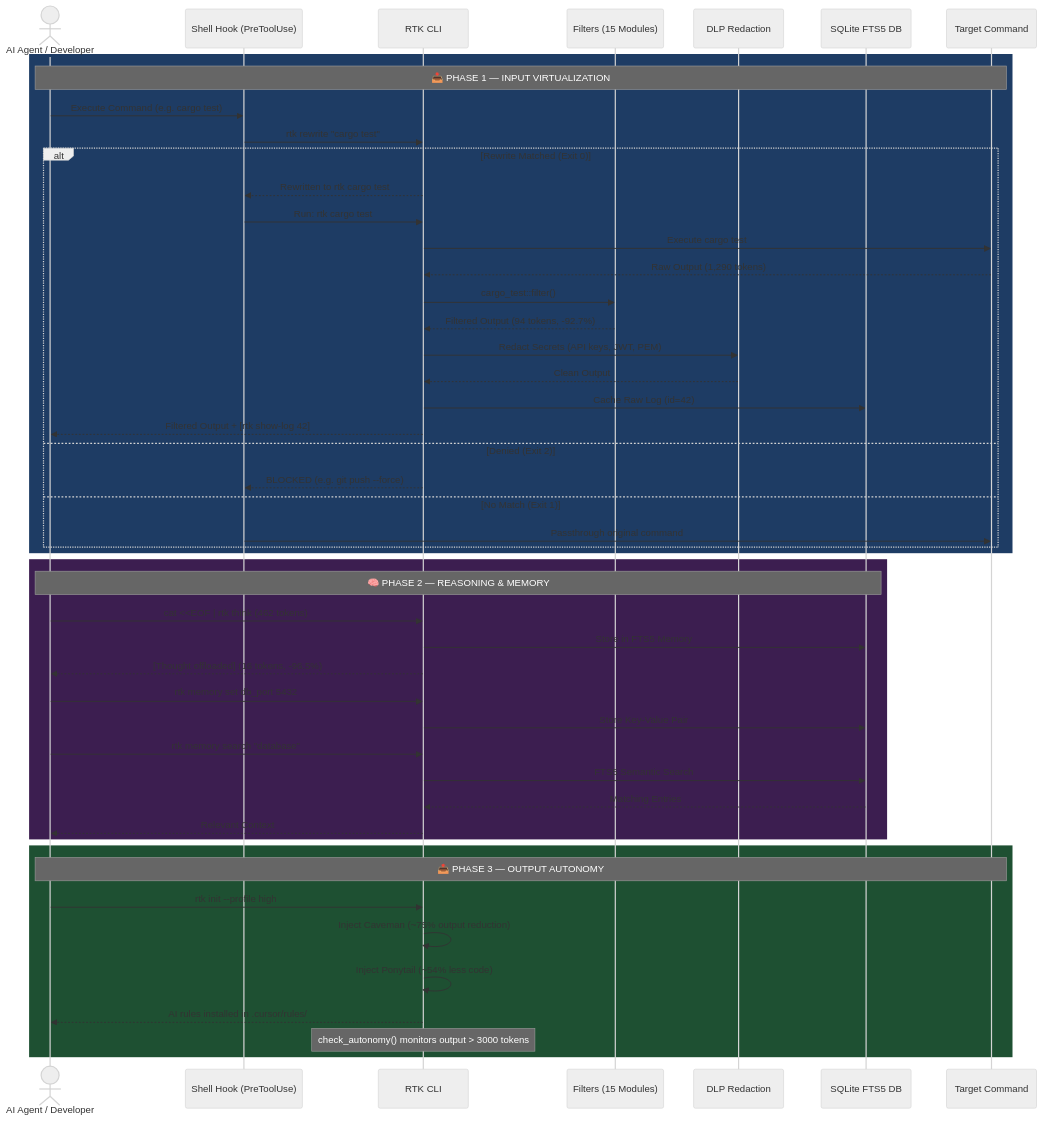
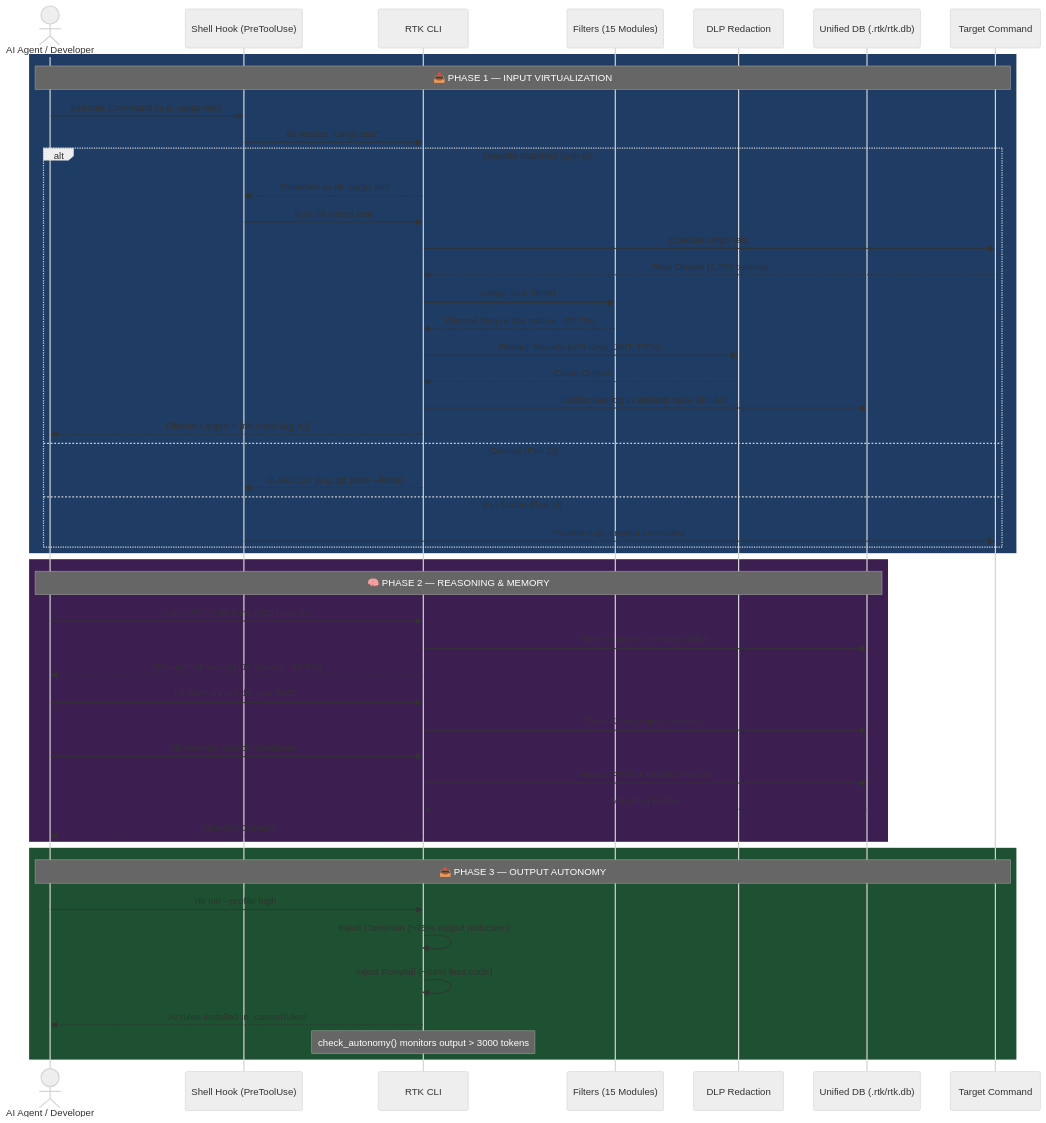
Before and after one commit to andreafinazziinfo/ai-token-saver: the third of 4 diagrams in README.md, drawn with Mermaid (neutral theme). The commit also changed other lines of this file, not shown here.

Commit message:
docs(readme): align pipeline and sequence mermaid diagrams with v2.0 database architecture

````diff
--- a/README.md
+++ b/README.md
@@ -306,54 +306,54 @@
 ```mermaid
 sequenceDiagram
     actor LLM as AI Agent / Developer
     participant Hook as Shell Hook (PreToolUse)
     participant RTK as RTK CLI
     participant Filter as Filters (15 Modules)
     participant DLP as DLP Redaction
-    participant DB as SQLite FTS5 DB
+    participant DB as Unified DB (.rtk/rtk.db)
     participant Cmd as Target Command
 
     rect rgb(30, 60, 100)
     Note over LLM,Cmd: 📥 PHASE 1 — INPUT VIRTUALIZATION
     LLM->>Hook: Execute Command (e.g. cargo test)
     Hook->>RTK: rtk rewrite "cargo test"
     alt Rewrite Matched (Exit 0)
         RTK-->>Hook: Rewritten to rtk cargo test
         Hook->>RTK: Run: rtk cargo test
         RTK->>Cmd: Execute cargo test
         Cmd-->>RTK: Raw Output (1,290 tokens)
         RTK->>Filter: cargo_test::filter()
         Filter-->>RTK: Filtered Output (94 tokens, -92.7%)
         RTK->>DLP: Redact Secrets (API keys, JWT, PEM)
         DLP-->>RTK: Clean Output
-        RTK->>DB: Cache Raw Log (id=42)
+        RTK->>DB: Cache raw log in artifacts table (id=42)
         RTK-->>LLM: Filtered Output + [rtk show-log 42]
     else Denied (Exit 2)
         RTK-->>Hook: BLOCKED (e.g. git push --force)
     else No Match (Exit 1)
         Hook->>Cmd: Passthrough original command
     end
     end
 
     rect rgb(60, 30, 80)
     Note over LLM,DB: 🧠 PHASE 2 — REASONING & MEMORY
     LLM->>RTK: cat <<EOF | rtk think (462 tokens)
-    RTK->>DB: Store in FTS5 Memory
+    RTK->>DB: Store in project_memory table
     RTK-->>LLM: [Thought offloaded] (16 tokens, -96.5%)
     LLM->>RTK: rtk memory set db_port 5432
-    RTK->>DB: Store Key-Value Pair
+    RTK->>DB: Store KV in project_memory
     LLM->>RTK: rtk memory search "database"
-    RTK->>DB: FTS5 Semantic Search
+    RTK->>DB: Hybrid (FTS5 + ONNX) Search
     DB-->>RTK: Matching Entries
     RTK-->>LLM: Relevant Context
     end
 
     rect rgb(30, 80, 50)
     Note over LLM,Cmd: 📤 PHASE 3 — OUTPUT AUTONOMY
     LLM->>RTK: rtk init --profile high
     RTK->>RTK: Inject Caveman (~75% output reduction)
     RTK->>RTK: Inject Ponytail (~54% less code)
     RTK-->>LLM: AI rules installed in .cursor/rules/
     Note over RTK: check_autonomy() monitors output > 3000 tokens
     end
 ```
````
